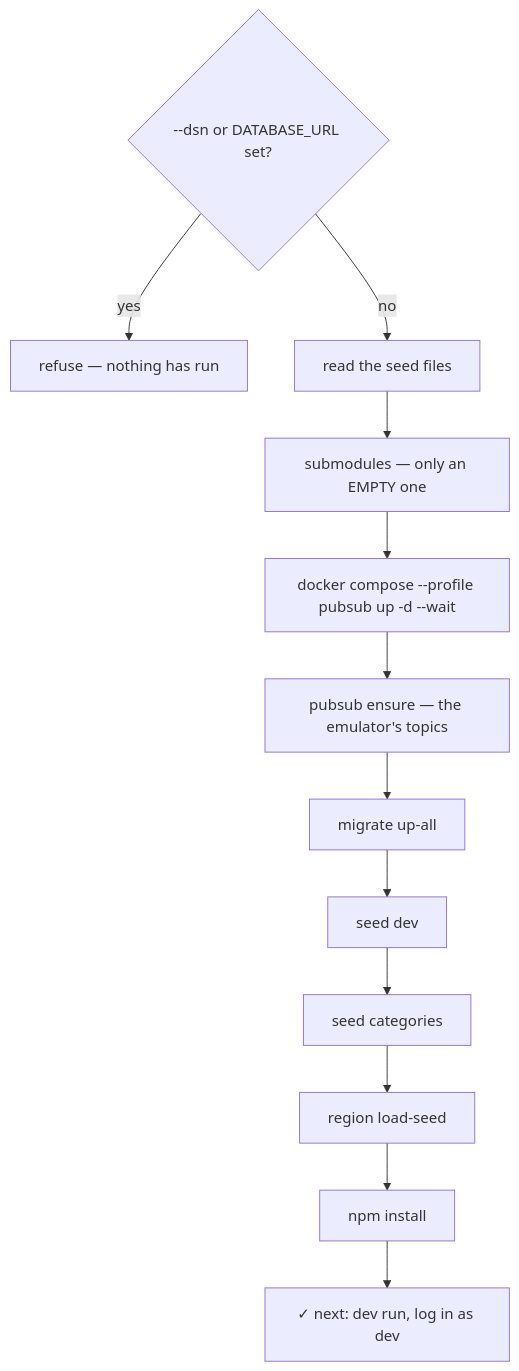
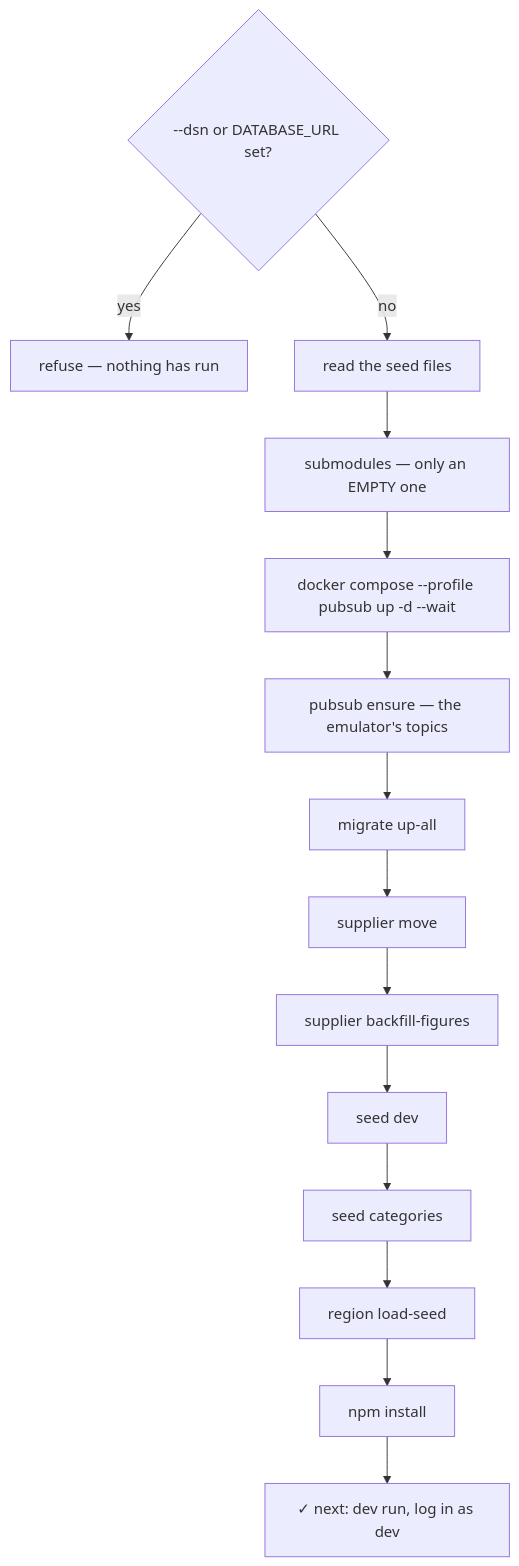
The third of 16 diagrams in docs/tools/san.md (pdcgo/warehouse_revamp), drawn with Mermaid before and after one commit. The commit also changed other lines of this file and 213 other files, not shown here.

````diff
--- a/docs/tools/san.md
+++ b/docs/tools/san.md
@@ -308,14 +315,16 @@
 ```mermaid
 flowchart TD
     G{"--dsn or DATABASE_URL set?"} -->|"yes"| X["refuse — nothing has run"]
     G -->|"no"| R["read the seed files"]
     R --> S["submodules — only an EMPTY one"]
     S --> D["docker compose --profile pubsub up -d --wait"]
     D --> E["pubsub ensure — the emulator's topics"]
     E --> M["migrate up-all"]
-    M --> SD["seed dev"]
+    M --> SM["supplier move"]
+    SM --> SB["supplier backfill-figures"]
+    SB --> SD["seed dev"]
     SD --> SC["seed categories"]
     SC --> RG["region load-seed"]
     RG --> N["npm install"]
     N --> OK["✓ next: dev run, log in as dev"]
 ```
````
